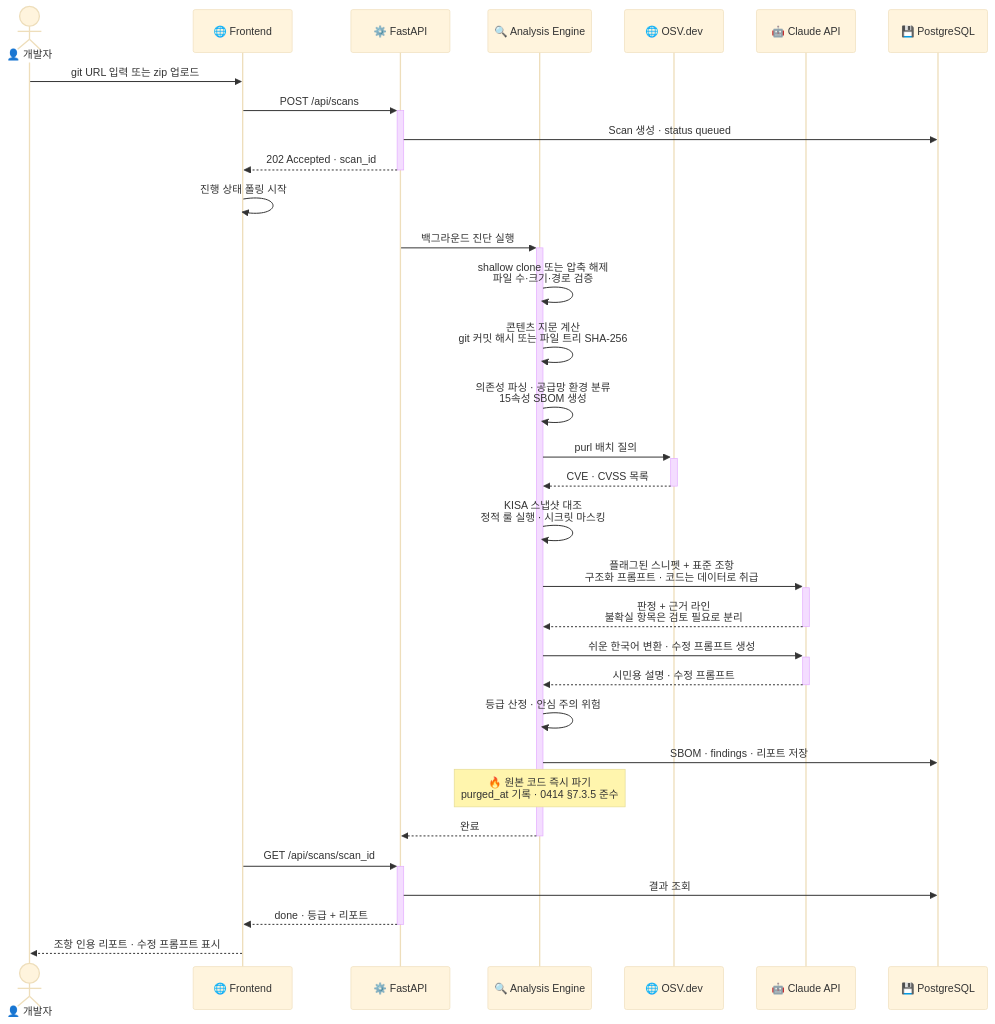
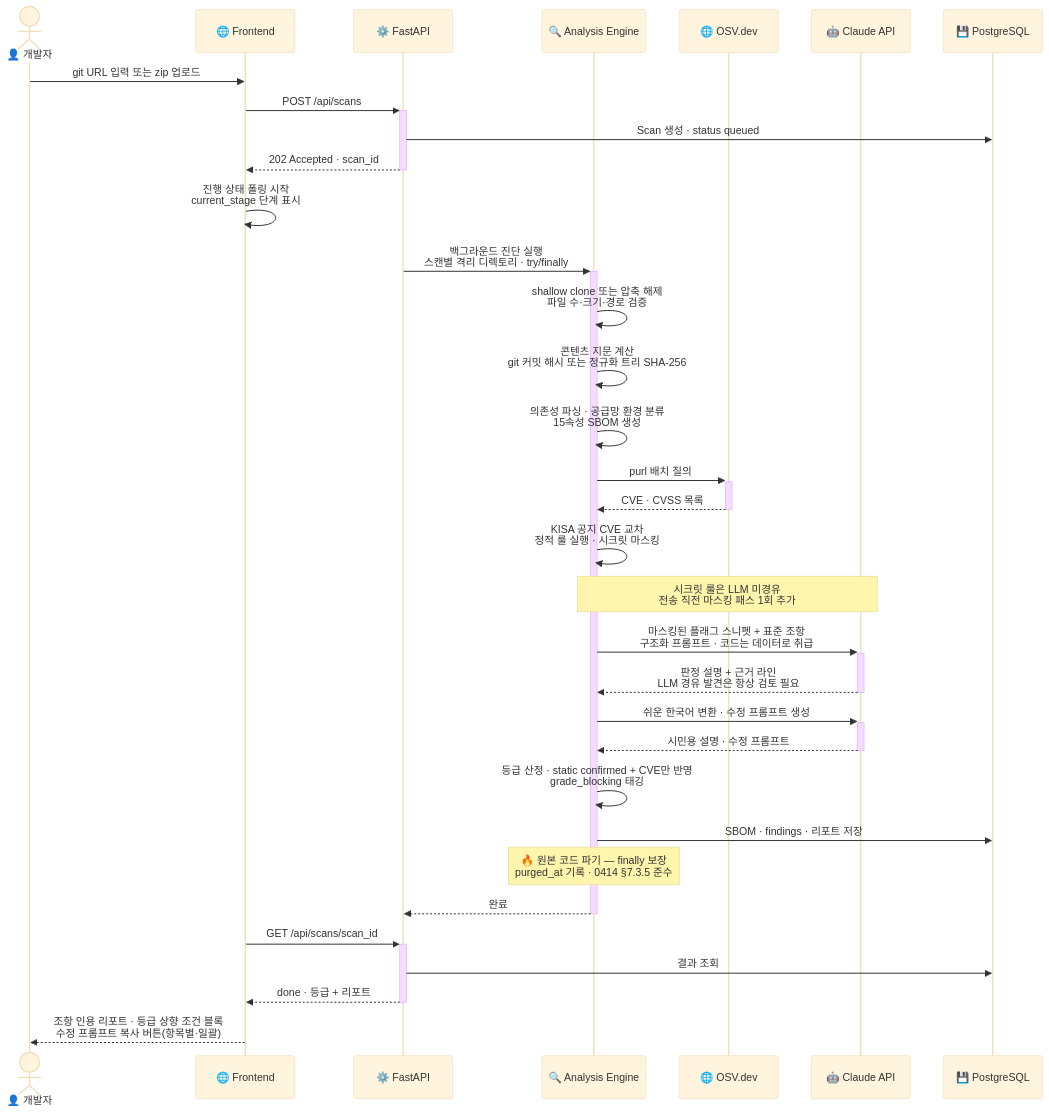
One commit to fmaPark/ansim-code changed the second of 5 diagrams in docs/tdd.md. Above: the diagram before and after it, drawn with Mermaid (base theme). The commit also changed other lines of this file and 1 other file, not shown here.

````diff
--- a/docs/tdd.md
+++ b/docs/tdd.md
@@ -247,37 +278,38 @@
 ```mermaid
 sequenceDiagram
     actor Dev as 👤 개발자
     participant FE as 🌐 Frontend
     participant API as ⚙️ FastAPI
     participant ENG as 🔍 Analysis Engine
     participant OSV as 🌐 OSV.dev
     participant LLM as 🤖 Claude API
     participant DB as 💾 PostgreSQL
 
     Dev->>FE: git URL 입력 또는 zip 업로드
     FE->>+API: POST /api/scans
     API->>DB: Scan 생성 · status queued
     API-->>-FE: 202 Accepted · scan_id
-    FE->>FE: 진행 상태 폴링 시작
+    FE->>FE: 진행 상태 폴링 시작<br/>current_stage 단계 표시
 
-    API->>+ENG: 백그라운드 진단 실행
+    API->>+ENG: 백그라운드 진단 실행<br/>스캔별 격리 디렉토리 · try/finally
     ENG->>ENG: shallow clone 또는 압축 해제<br/>파일 수·크기·경로 검증
-    ENG->>ENG: 콘텐츠 지문 계산<br/>git 커밋 해시 또는 파일 트리 SHA-256
+    ENG->>ENG: 콘텐츠 지문 계산<br/>git 커밋 해시 또는 정규화 트리 SHA-256
     ENG->>ENG: 의존성 파싱 · 공급망 환경 분류<br/>15속성 SBOM 생성
     ENG->>+OSV: purl 배치 질의
     OSV-->>-ENG: CVE · CVSS 목록
-    ENG->>ENG: KISA 스냅샷 대조<br/>정적 룰 실행 · 시크릿 마스킹
-    ENG->>+LLM: 플래그된 스니펫 + 표준 조항<br/>구조화 프롬프트 · 코드는 데이터로 취급
-    LLM-->>-ENG: 판정 + 근거 라인<br/>불확실 항목은 검토 필요로 분리
+    ENG->>ENG: KISA 공지 CVE 교차<br/>정적 룰 실행 · 시크릿 마스킹
+    Note over ENG,LLM: 시크릿 룰은 LLM 미경유<br/>전송 직전 마스킹 패스 1회 추가
+    ENG->>+LLM: 마스킹된 플래그 스니펫 + 표준 조항<br/>구조화 프롬프트 · 코드는 데이터로 취급
+    LLM-->>-ENG: 판정 설명 + 근거 라인<br/>LLM 경유 발견은 항상 검토 필요
     ENG->>+LLM: 쉬운 한국어 변환 · 수정 프롬프트 생성
     LLM-->>-ENG: 시민용 설명 · 수정 프롬프트
-    ENG->>ENG: 등급 산정 · 안심 주의 위험
+    ENG->>ENG: 등급 산정 · static confirmed + CVE만 반영<br/>grade_blocking 태깅
     ENG->>DB: SBOM · findings · 리포트 저장
-    Note over ENG: 🔥 원본 코드 즉시 파기<br/>purged_at 기록 · 0414 §7.3.5 준수
+    Note over ENG: 🔥 원본 코드 파기 — finally 보장<br/>purged_at 기록 · 0414 §7.3.5 준수
     ENG-->>-API: 완료
 
     FE->>+API: GET /api/scans/scan_id
     API->>DB: 결과 조회
     API-->>-FE: done · 등급 + 리포트
-    FE-->>Dev: 조항 인용 리포트 · 수정 프롬프트 표시
+    FE-->>Dev: 조항 인용 리포트 · 등급 상향 조건 블록<br/>수정 프롬프트 복사 버튼(항목별·일괄)
 ```
````
